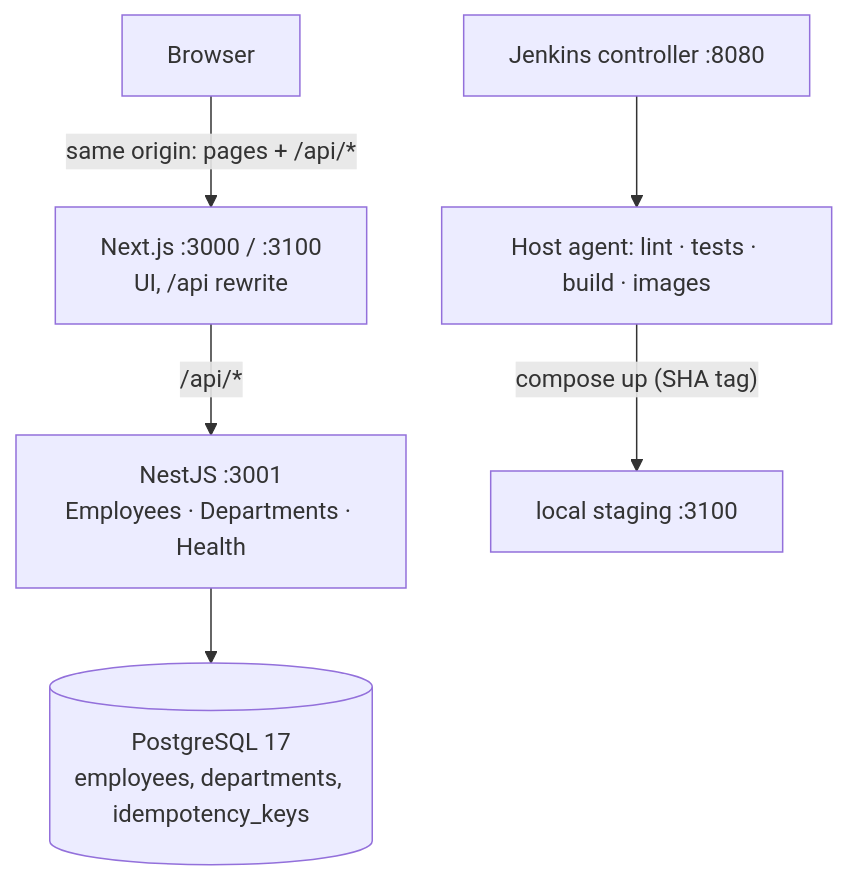
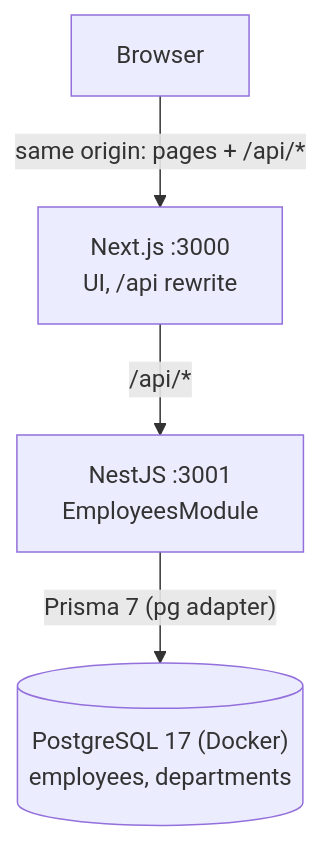
The diagram in docs/architecture.md (sittipong-hemloun/helius-tech-test), drawn with Mermaid before and after one commit. The commit also changed other lines of this file and 180 other files, not shown here.

First line of the commit message:
refactor: simplify to plain NestJS + Next.js employee console

````diff
--- a/docs/architecture.md
+++ b/docs/architecture.md
@@ -5,8 +5,6 @@
 ```mermaid
 flowchart TD
-    B["Browser"] -->|"same origin: pages + /api/*"| W["Next.js :3000 / :3100<br/>UI, /api rewrite"]
-    W -->|"/api/*"| A["NestJS :3001<br/>Employees · Departments · Health"]
-    A --> DB[("PostgreSQL 17<br/>employees, departments, idempotency_keys")]
-    J["Jenkins controller :8080"] --> JA["Host agent: lint · tests · build · images"]
-    JA -->|"compose up (SHA tag)"| ST["local staging :3100"]
+    B["Browser"] -->|"same origin: pages + /api/*"| W["Next.js :3000<br/>UI, /api rewrite"]
+    W -->|"/api/*"| A["NestJS :3001<br/>EmployeesModule"]
+    A -->|"Prisma 7 (pg adapter)"| DB[("PostgreSQL 17 (Docker)<br/>employees, departments")]
 ```
````
